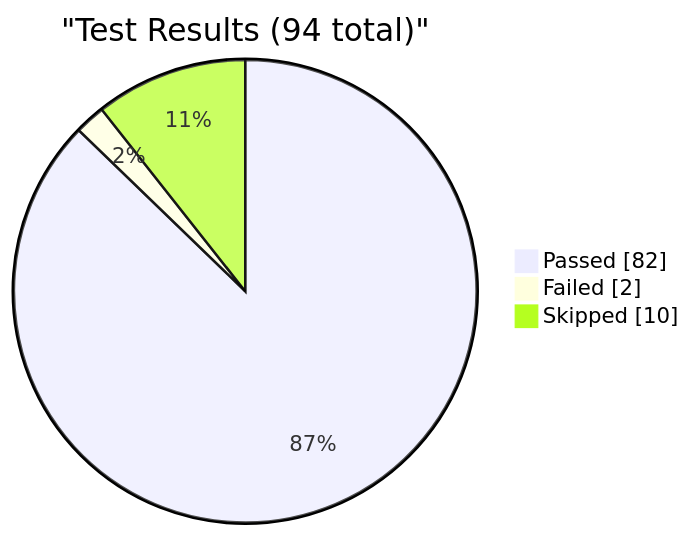
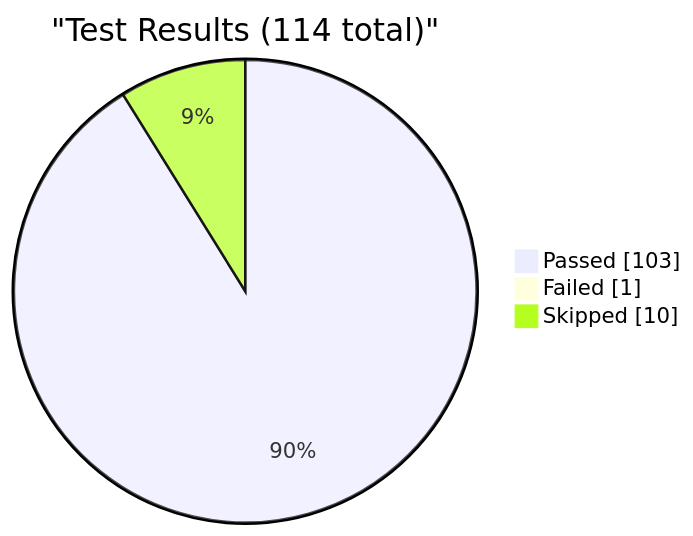
One commit to EliteaAI/onetest-ai-tm-Elitea changed the first of 3 diagrams in reports/dashboard.md. Above: the diagram before and after it, drawn with Mermaid. The commit also changed other lines of this file, not shown here.

Commit message:
dashboard: update test metrics

````diff
--- a/reports/dashboard.md
+++ b/reports/dashboard.md
@@ -9,7 +9,7 @@
 ```mermaid
 pie showData
-    title "Test Results (94 total)"
-    "Passed" : 82
-    "Failed" : 2
+    title "Test Results (114 total)"
+    "Passed" : 103
+    "Failed" : 1
     "Skipped" : 10
 ```
````
